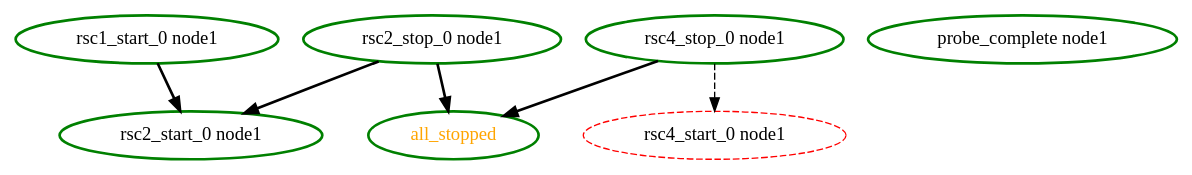
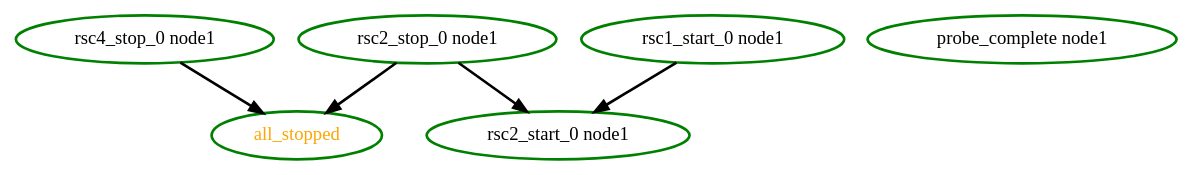
The diagram in pengine/test10/order-required.dot (ClusterLabs/pacemaker), drawn with Graphviz before and after one commit. The commit also changed 15 other files, not shown here.

```diff
--- a/pengine/test10/order-required.dot
+++ b/pengine/test10/order-required.dot
@@ -1,14 +1,12 @@
 digraph "g" {
 "all_stopped" [ style=bold color="green" fontcolor="orange" ]
 "probe_complete node1" [ style=bold color="green" fontcolor="black" ]
 "rsc1_start_0 node1" -> "rsc2_start_0 node1" [ style = bold]
 "rsc1_start_0 node1" [ style=bold color="green" fontcolor="black" ]
 "rsc2_start_0 node1" [ style=bold color="green" fontcolor="black" ]
 "rsc2_stop_0 node1" -> "all_stopped" [ style = bold]
 "rsc2_stop_0 node1" -> "rsc2_start_0 node1" [ style = bold]
 "rsc2_stop_0 node1" [ style=bold color="green" fontcolor="black" ]
-"rsc4_start_0 node1" [ style=dashed color="red" fontcolor="black" ]
 "rsc4_stop_0 node1" -> "all_stopped" [ style = bold]
-"rsc4_stop_0 node1" -> "rsc4_start_0 node1" [ style = dashed]
 "rsc4_stop_0 node1" [ style=bold color="green" fontcolor="black" ]
 }
```
